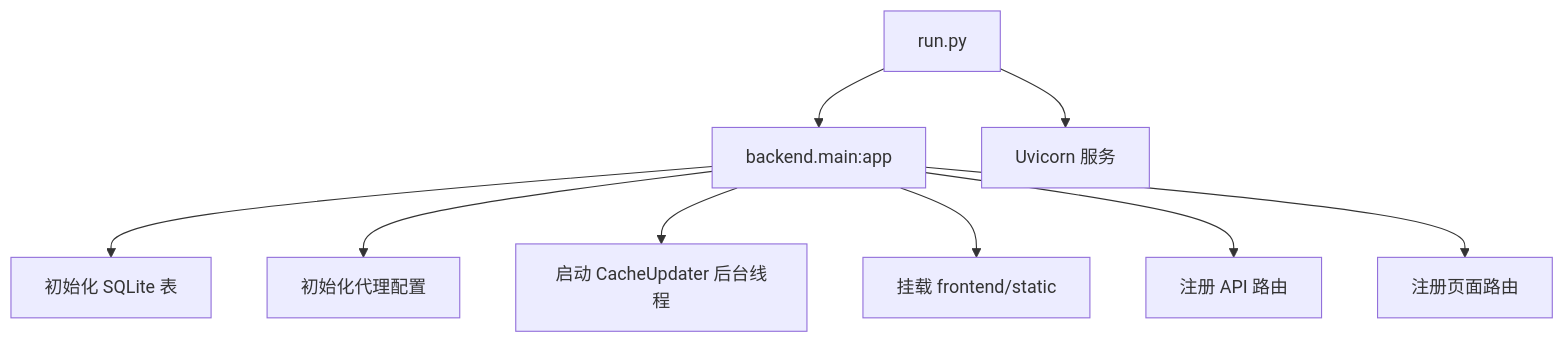
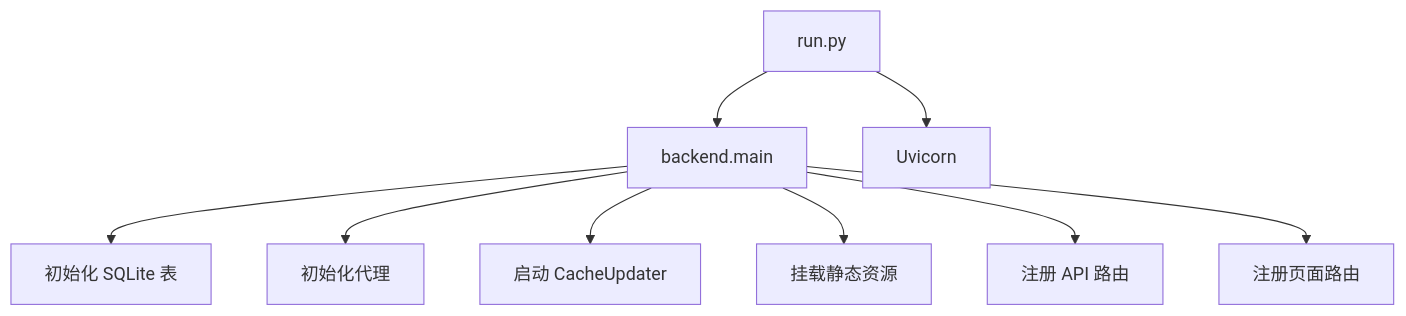
One commit to RESBI/StockTracing changed the second of 6 diagrams in ARCHITECTURE.md. Above: the diagram before and after it, drawn with Mermaid. The commit also changed other lines of this file and 1 other file, not shown here.

Commit message:
Update documentation for current features and architecture

````diff
--- a/ARCHITECTURE.md
+++ b/ARCHITECTURE.md
@@ -37,21 +49,21 @@
 ```mermaid
 flowchart TD
     Run[run.py]
-    Main[backend.main:app]
+    Main[backend.main]
     Db[初始化 SQLite 表]
-    Proxy[初始化代理配置]
-    CacheThread[启动 CacheUpdater 后台线程]
-    Static["挂载 frontend/static"]
+    Proxy[初始化代理]
+    Cache[启动 CacheUpdater]
+    Static["挂载静态资源"]
     ApiRouter[注册 API 路由]
     PageRouter[注册页面路由]
-    Uvicorn[Uvicorn 服务]
+    Server[Uvicorn]
 
     Run --> Main
     Main --> Db
     Main --> Proxy
-    Main --> CacheThread
+    Main --> Cache
     Main --> Static
     Main --> ApiRouter
     Main --> PageRouter
-    Run --> Uvicorn
+    Run --> Server
 ```
````
